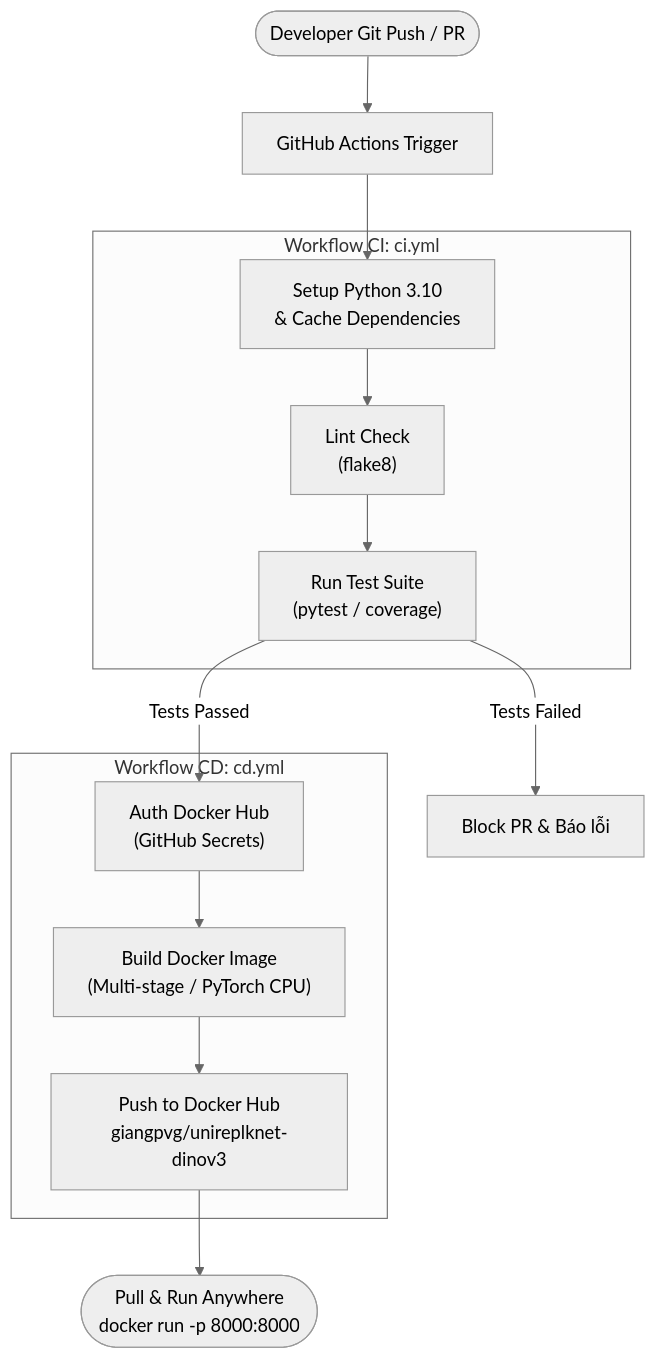
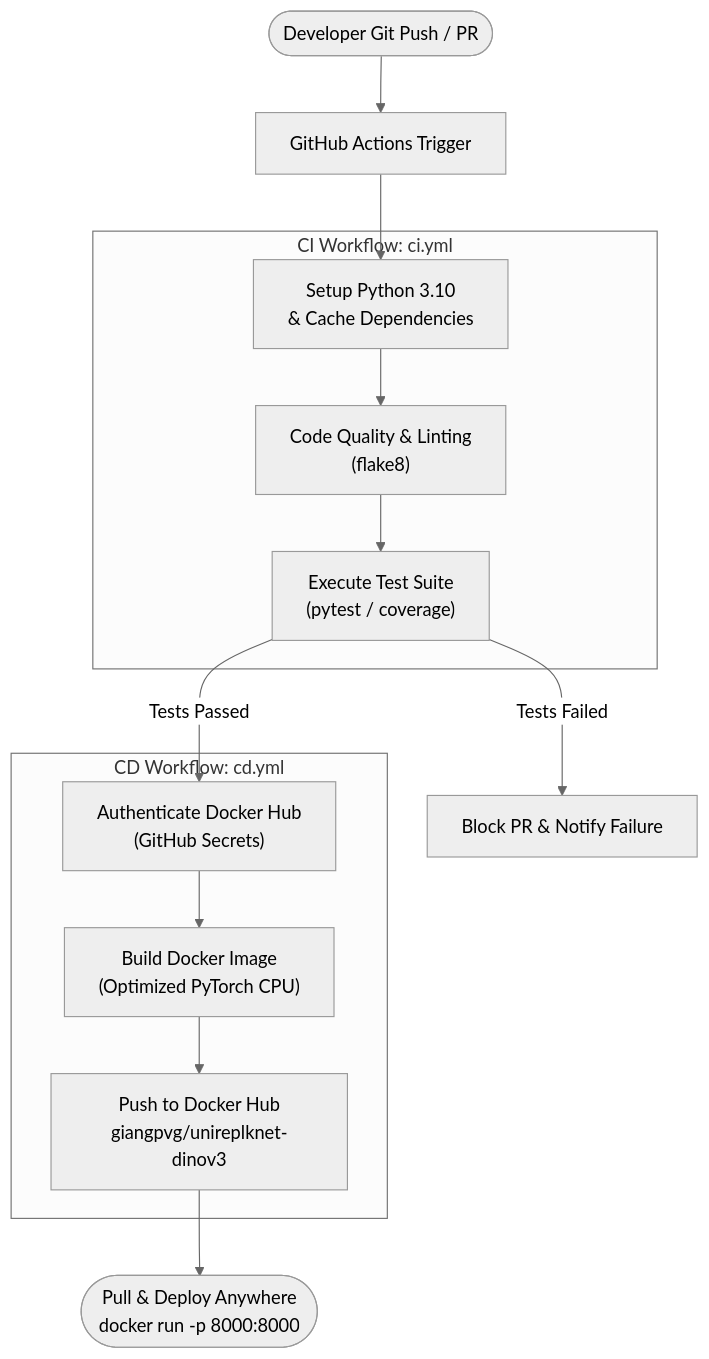
One commit to giangpvg/unireplknet-dinov3 changed the diagram in README.md. Above: the diagram before and after it, drawn with Mermaid (neutral theme). The commit also changed other lines of this file, not shown here.

````diff
--- a/README.md
+++ b/README.md
@@ -9,27 +9,27 @@
 ```mermaid
 flowchart TD
     dev(["Developer Git Push / PR"]) --> trigger["GitHub Actions Trigger"]
     
-    subgraph ci_stage["Workflow CI: ci.yml"]
+    subgraph ci_stage["CI Workflow: ci.yml"]
         setup_env["Setup Python 3.10<br>& Cache Dependencies"]
-        lint["Lint Check<br>(flake8)"]
-        unit_test["Run Test Suite<br>(pytest / coverage)"]
+        lint["Code Quality & Linting<br>(flake8)"]
+        unit_test["Execute Test Suite<br>(pytest / coverage)"]
     end
 
-    subgraph cd_stage["Workflow CD: cd.yml"]
-        login_docker["Auth Docker Hub<br>(GitHub Secrets)"]
-        build_docker["Build Docker Image<br>(Multi-stage / PyTorch CPU)"]
+    subgraph cd_stage["CD Workflow: cd.yml"]
+        login_docker["Authenticate Docker Hub<br>(GitHub Secrets)"]
+        build_docker["Build Docker Image<br>(Optimized PyTorch CPU)"]
         push_hub["Push to Docker Hub<br>giangpvg/unireplknet-dinov3"]
     end
 
-    deploy(["Pull & Run Anywhere<br>docker run -p 8000:8000"])
+    deploy(["Pull & Deploy Anywhere<br>docker run -p 8000:8000"])
 
     trigger --> setup_env
     setup_env --> lint
     lint --> unit_test
     unit_test -->|"Tests Passed"| login_docker
-    unit_test -->|"Tests Failed"| notify_fail["Block PR & Báo lỗi"]
+    unit_test -->|"Tests Failed"| notify_fail["Block PR & Notify Failure"]
     login_docker --> build_docker
     build_docker --> push_hub
     push_hub --> deploy
 ```
````
